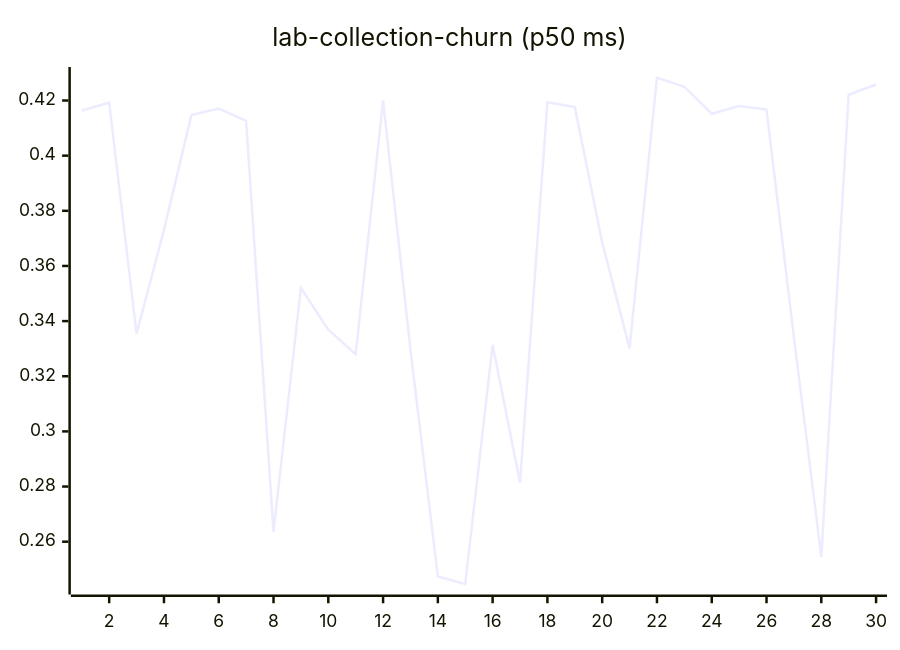
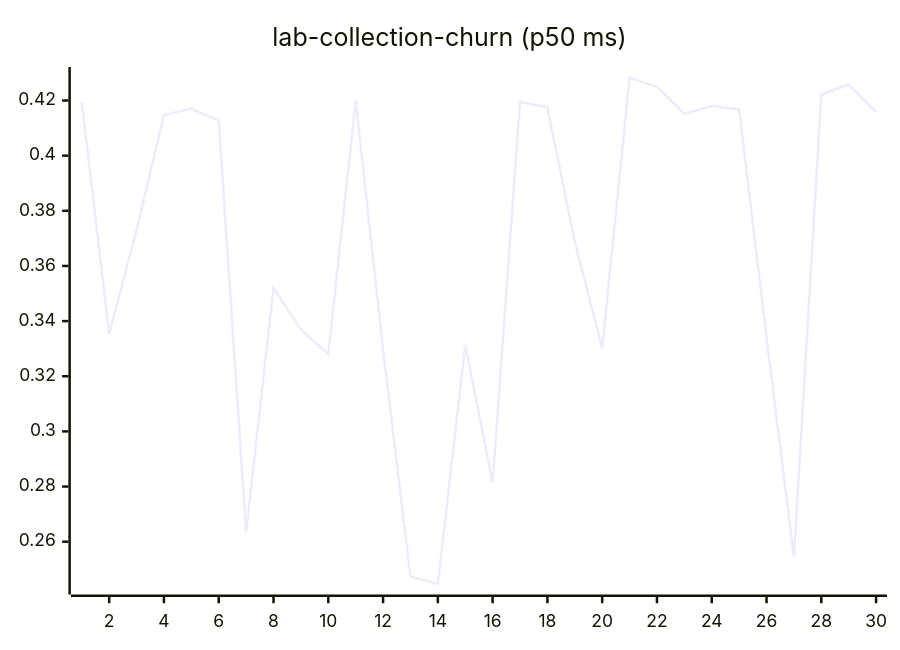
Diagram 11 of 27 in README.md (josha/Facet), drawn with Mermaid before and after one commit. The commit also changed other lines of this file and 2 other files, not shown here.

````diff
--- a/README.md
+++ b/README.md
@@ -133,6 +133,6 @@
 ```mermaid
 xychart-beta
     title "lab-collection-churn (p50 ms)"
     x-axis 1 --> 30
-    line [0.4164, 0.4192, 0.3354, 0.3730, 0.4147, 0.4171, 0.4126, 0.2636, 0.3521, 0.3369, 0.3280, 0.4200, 0.3297, 0.2474, 0.2447, 0.3314, 0.2814, 0.4194, 0.4176, 0.3686, 0.3301, 0.4283, 0.4250, 0.4152, 0.4180, 0.4167, 0.3342, 0.2545, 0.4221, 0.4258]
+    line [0.4192, 0.3354, 0.3730, 0.4147, 0.4171, 0.4126, 0.2636, 0.3521, 0.3369, 0.3280, 0.4200, 0.3297, 0.2474, 0.2447, 0.3314, 0.2814, 0.4194, 0.4176, 0.3686, 0.3301, 0.4283, 0.4250, 0.4152, 0.4180, 0.4167, 0.3342, 0.2545, 0.4221, 0.4258, 0.4158]
 ```
````
